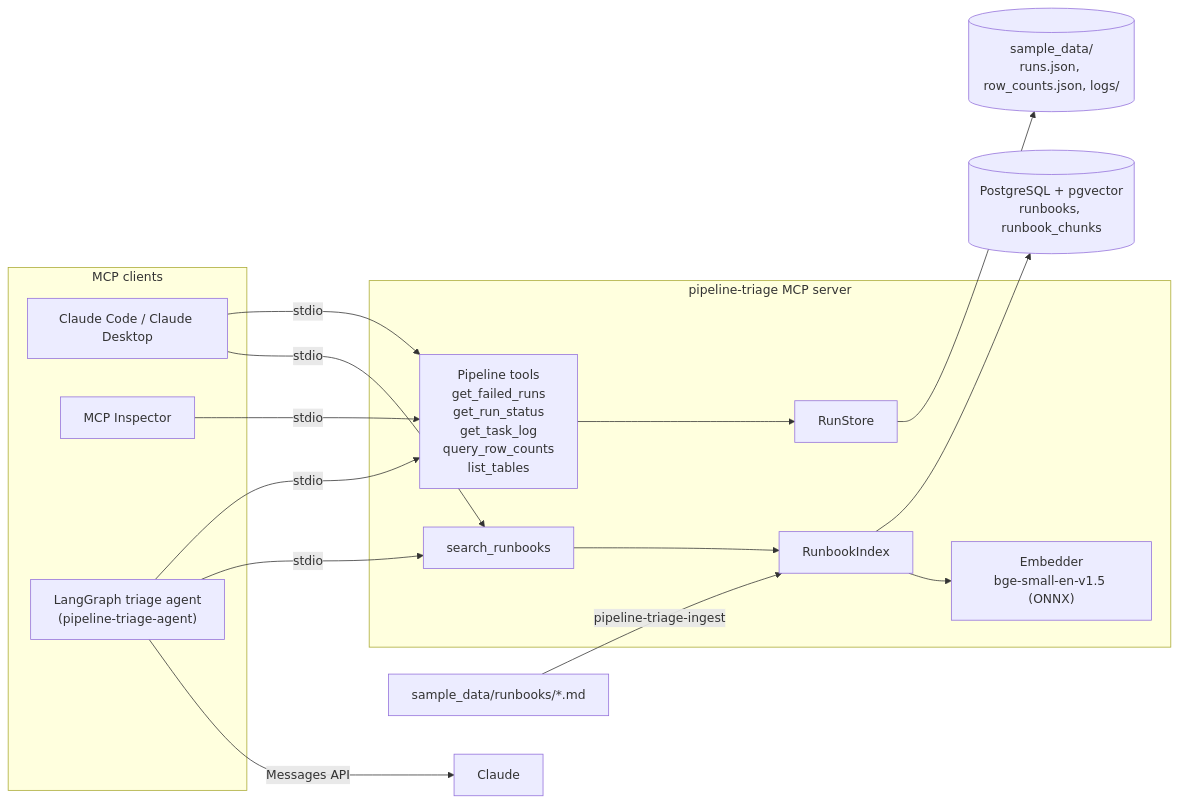
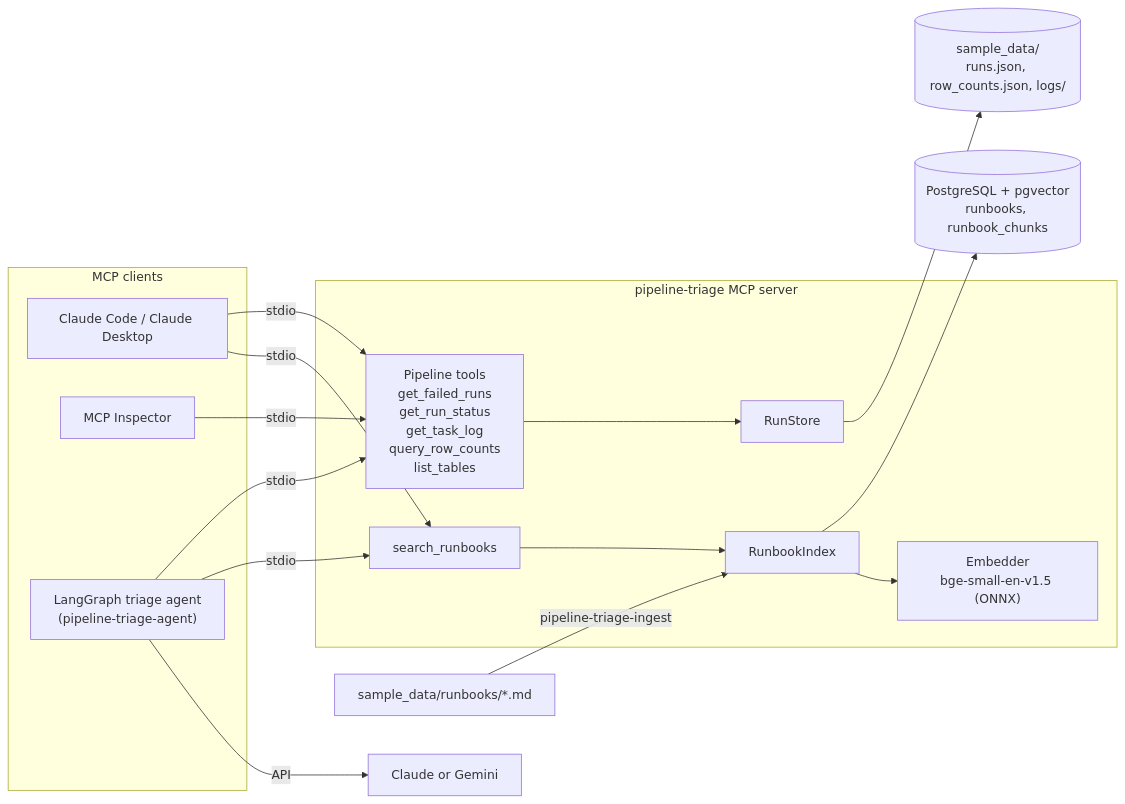
The first of 2 diagrams in README.md (RiverburnCruiser/pipeline-triage-agent), drawn with Mermaid before and after one commit. The commit also changed other lines of this file and 6 other files, not shown here.

````diff
--- a/README.md
+++ b/README.md
@@ -29,31 +30,31 @@
 ```mermaid
 flowchart LR
     subgraph clients[MCP clients]
         CC[Claude Code / Claude Desktop]
         INS[MCP Inspector]
         AG["LangGraph triage agent<br/>(pipeline-triage-agent)"]
     end
 
     subgraph server[pipeline-triage MCP server]
         T[Pipeline tools<br/>get_failed_runs<br/>get_run_status<br/>get_task_log<br/>query_row_counts<br/>list_tables]
         R[search_runbooks]
         S[RunStore]
         I[RunbookIndex]
         E["Embedder<br/>bge-small-en-v1.5 (ONNX)"]
     end
 
     D[("sample_data/<br/>runs.json, row_counts.json, logs/")]
     PG[("PostgreSQL + pgvector<br/>runbooks, runbook_chunks")]
     MD["sample_data/runbooks/*.md"]
 
     CC -- stdio --> T
     CC -- stdio --> R
     INS -- stdio --> T
     AG -- stdio --> T
     AG -- stdio --> R
-    AG -- Messages API --> CL[Claude]
+    AG -- API --> CL[Claude or Gemini]
     T --> S --> D
     R --> I --> PG
     I --> E
     MD -- pipeline-triage-ingest --> I
 ```
````
